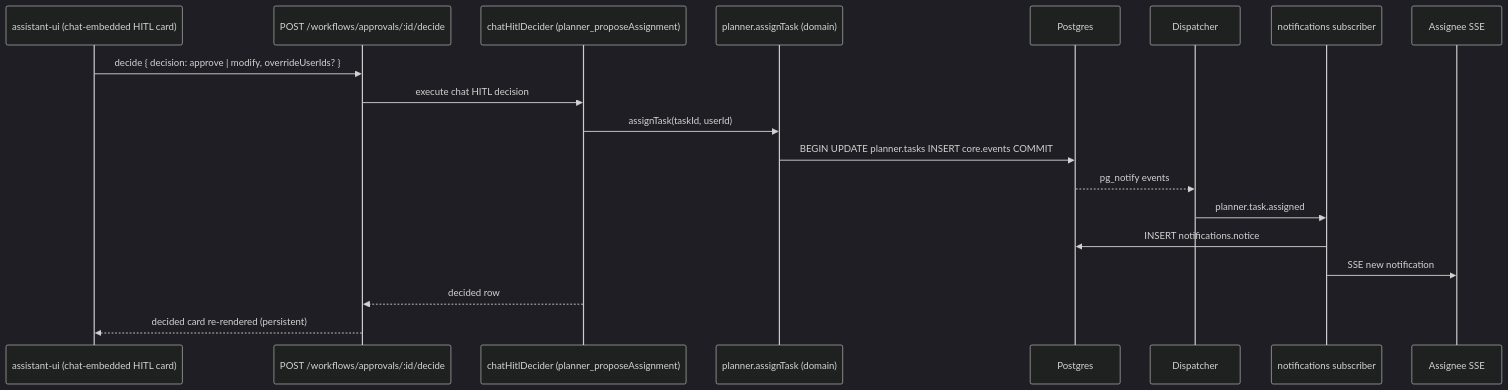
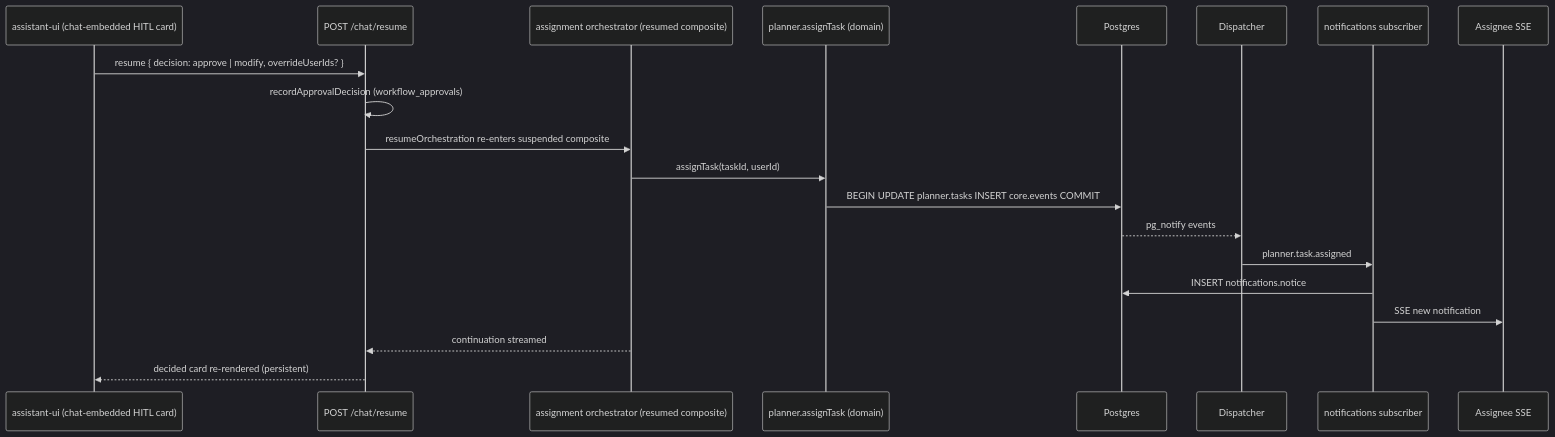
Before and after one commit to Seta-International/agent-platform: the seventh of 8 diagrams in docs/agent/architecture.md, drawn with Mermaid (dark theme). The commit also changed other lines of this file and 7 other files, not shown here.

First line of the commit message:
docs(platform): FUT-000 sync architecture docs to current module map + chat runtime

````diff
--- a/docs/agent/architecture.md
+++ b/docs/agent/architecture.md
@@ -538,22 +550,23 @@
 ```mermaid
 sequenceDiagram
     participant UI as assistant-ui (chat-embedded HITL card)
-    participant API as POST /workflows/approvals/:id/decide
-    participant Dec as chatHitlDecider (planner_proposeAssignment)
+    participant API as POST /chat/resume
+    participant Orch as assignment orchestrator (resumed composite)
     participant Dom as planner.assignTask (domain)
     participant DB as Postgres
     participant Disp as Dispatcher
     participant Sub as notifications subscriber
     participant Devon as Assignee SSE
 
-    UI->>API: decide { decision: approve | modify, overrideUserIds? }
-    API->>Dec: execute chat HITL decision
-    Dec->>Dom: assignTask(taskId, userId)
+    UI->>API: resume { decision: approve | modify, overrideUserIds? }
+    API->>API: recordApprovalDecision (workflow_approvals)
+    API->>Orch: resumeOrchestration re-enters suspended composite
+    Orch->>Dom: assignTask(taskId, userId)
     Dom->>DB: BEGIN UPDATE planner.tasks INSERT core.events COMMIT
     DB-->>Disp: pg_notify events
     Disp->>Sub: planner.task.assigned
     Sub->>DB: INSERT notifications.notice
     Sub->>Devon: SSE new notification
-    Dec-->>API: decided row
+    Orch-->>API: continuation streamed
     API-->>UI: decided card re-rendered (persistent)
 ```
````
